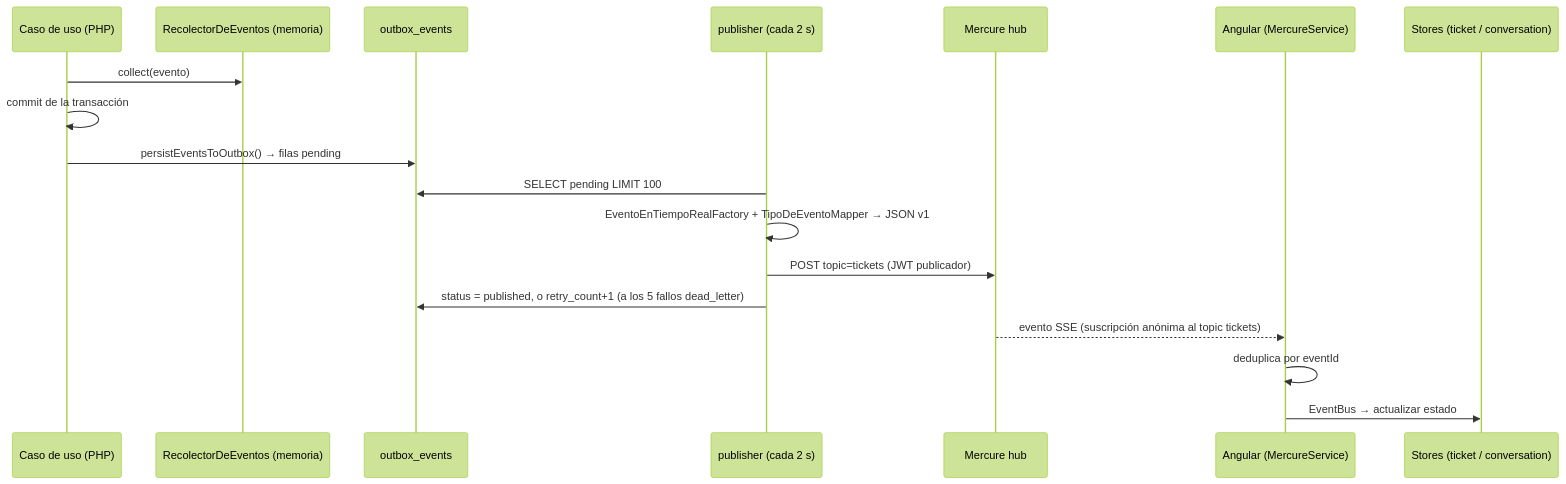
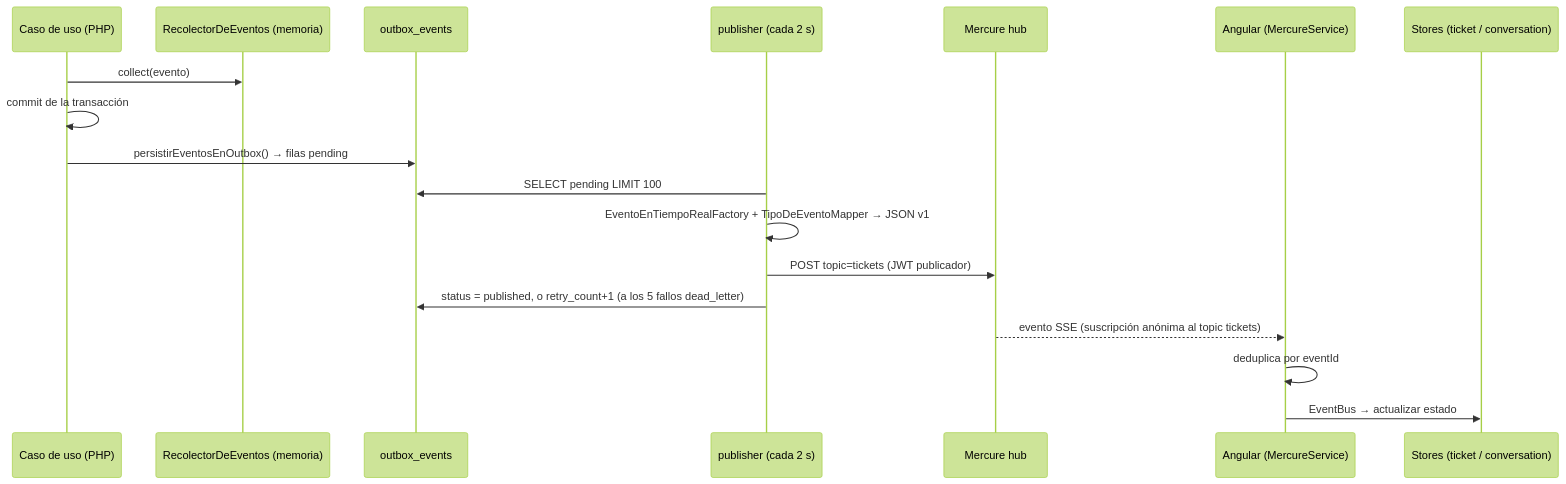
Before and after one commit to giannizeniquel/inbiox: the second of 2 diagrams in docs/02_sistema-actual/02-arquitectura-y-tecnologias.md, drawn with Mermaid (forest theme). The commit also changed other lines of this file and 164 other files, not shown here.

````diff
--- a/docs/02_sistema-actual/02-arquitectura-y-tecnologias.md
+++ b/docs/02_sistema-actual/02-arquitectura-y-tecnologias.md
@@ -138,21 +138,21 @@
 ```mermaid
 sequenceDiagram
     participant UC as Caso de uso (PHP)
     participant EC as RecolectorDeEventos (memoria)
     participant DB as outbox_events
     participant PUB as publisher (cada 2 s)
     participant HUB as Mercure hub
     participant NG as Angular (MercureService)
     participant ST as Stores (ticket / conversation)
 
     UC->>EC: collect(evento)
     UC->>UC: commit de la transacción
-    UC->>DB: persistEventsToOutbox() → filas pending
+    UC->>DB: persistirEventosEnOutbox() → filas pending
     PUB->>DB: SELECT pending LIMIT 100
     PUB->>PUB: EventoEnTiempoRealFactory + TipoDeEventoMapper → JSON v1
     PUB->>HUB: POST topic=tickets (JWT publicador)
     PUB->>DB: status = published, o retry_count+1 (a los 5 fallos dead_letter)
     HUB-->>NG: evento SSE (suscripción anónima al topic tickets)
     NG->>NG: deduplica por eventId
     NG->>ST: EventBus → actualizar estado
 ```
````
